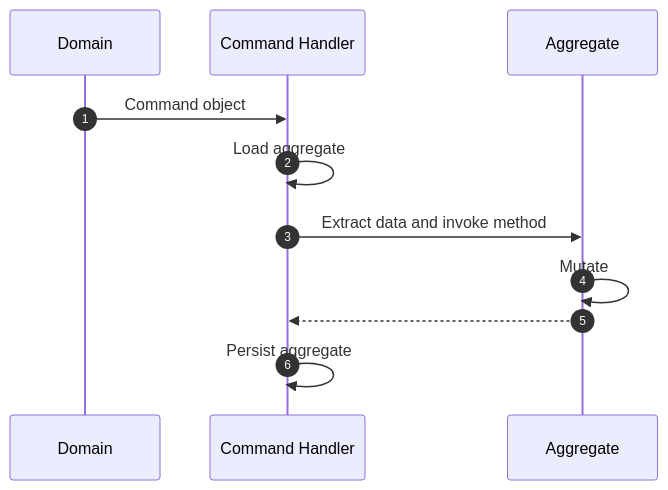
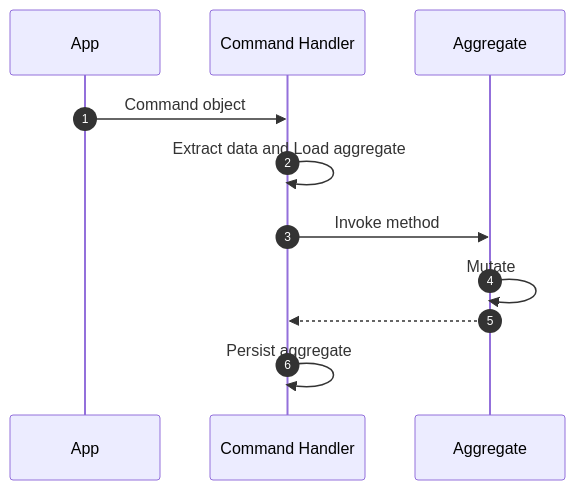
Before and after one commit to proteanhq/protean: the diagram in docs/guides/access-domain/command-handlers.md, drawn with Mermaid. The commit also changed 1 other file, not shown here.

Commit message:
Add UnifOfWork documentation

````diff
--- a/docs/guides/access-domain/command-handlers.md
+++ b/docs/guides/access-domain/command-handlers.md
@@ -28,10 +28,10 @@
 ```mermaid
 sequenceDiagram
   autonumber
-  Domain->>Command Handler: Command object
-  Command Handler->>Command Handler: Load aggregate
-  Command Handler->>Aggregate: Extract data and invoke method
+  App->>Command Handler: Command object
+  Command Handler->>Command Handler: Extract data and Load aggregate
+  Command Handler->>Aggregate: Invoke method
   Aggregate->>Aggregate: Mutate
   Aggregate-->>Command Handler: 
   Command Handler->>Command Handler: Persist aggregate
 ```
````
